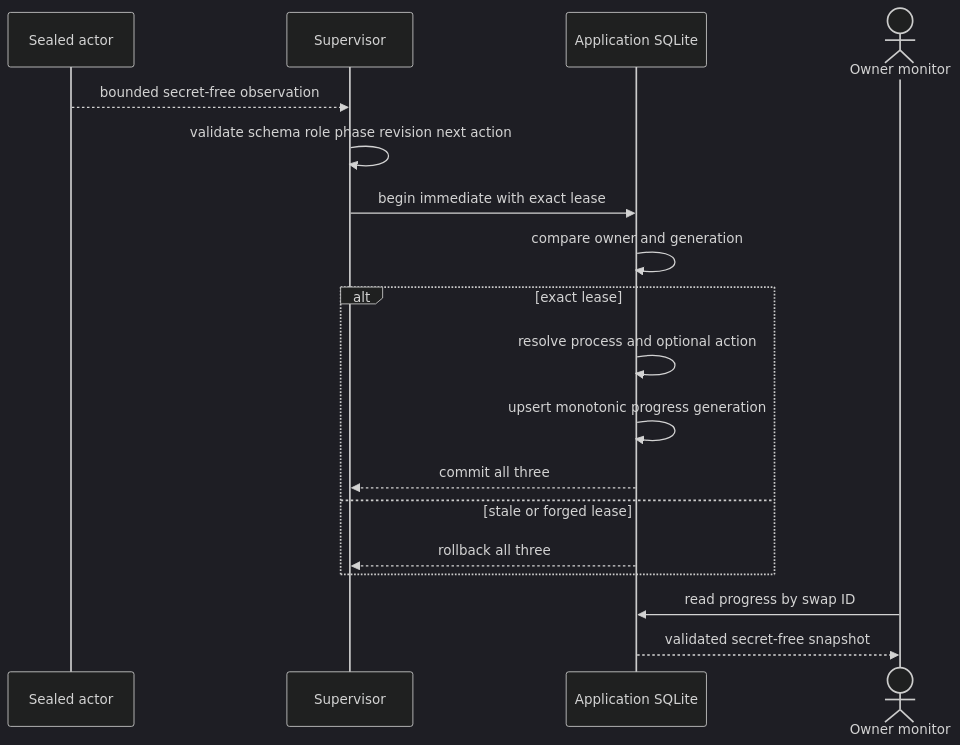
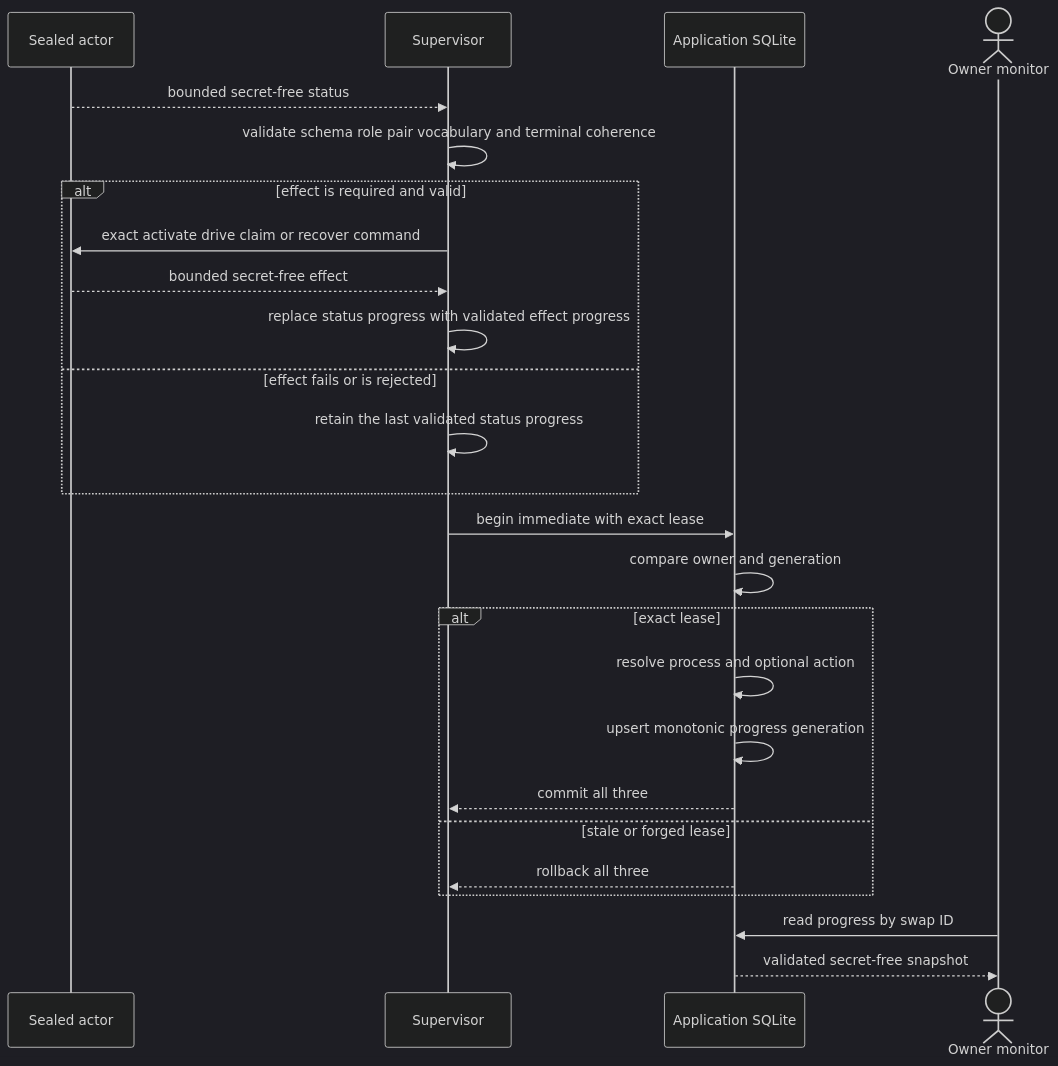
Before and after one commit to gateway-fm/lez-atomic-swaps: the second of 2 diagrams in docs/architecture/0104-commit-actor-progress-with-fenced-resolution.md, drawn with Mermaid (dark theme). The commit also changed other lines of this file and 12 other files, not shown here.

````diff
--- a/docs/architecture/0104-commit-actor-progress-with-fenced-resolution.md
+++ b/docs/architecture/0104-commit-actor-progress-with-fenced-resolution.md
@@ -48,21 +57,28 @@
 ```mermaid
 sequenceDiagram
     participant A as Sealed actor
     participant S as Supervisor
     participant DB as Application SQLite
     actor O as Owner monitor
 
-    A-->>S: bounded secret-free observation
-    S->>S: validate schema role phase revision next action
+    A-->>S: bounded secret-free status
+    S->>S: validate schema role pair vocabulary and terminal coherence
+    alt effect is required and valid
+        S->>A: exact activate drive claim or recover command
+        A-->>S: bounded secret-free effect
+        S->>S: replace status progress with validated effect progress
+    else effect fails or is rejected
+        S->>S: retain the last validated status progress
+    end
     S->>DB: begin immediate with exact lease
     DB->>DB: compare owner and generation
     alt exact lease
         DB->>DB: resolve process and optional action
         DB->>DB: upsert monotonic progress generation
         DB-->>S: commit all three
     else stale or forged lease
         DB-->>S: rollback all three
     end
     O->>DB: read progress by swap ID
     DB-->>O: validated secret-free snapshot
 ```
````
